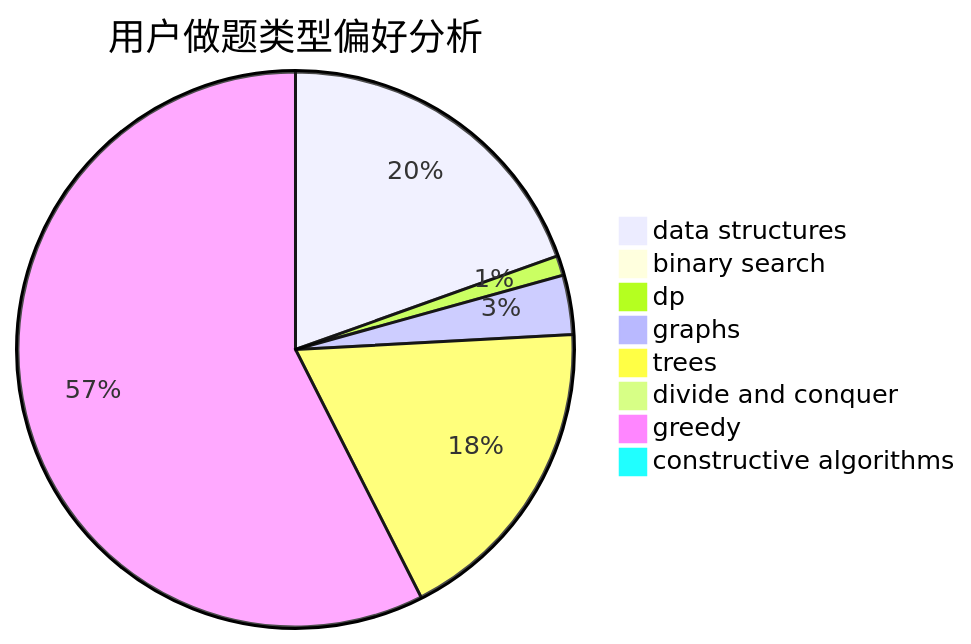
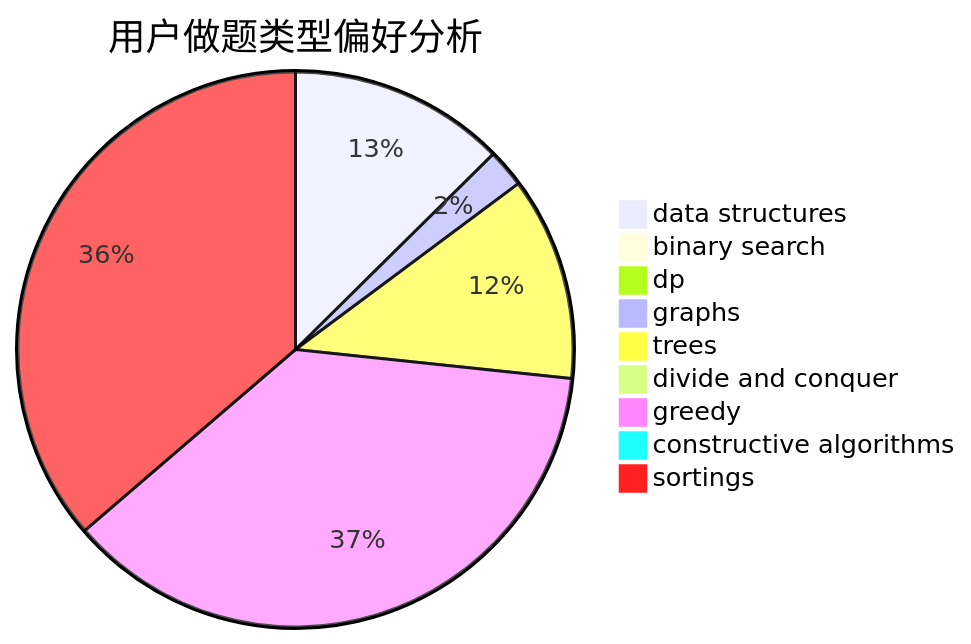
One commit to sherpahu/cfrs.github.io changed the second of 3 diagrams in docs/user/u2671.md. Above: the diagram before and after it, drawn with Mermaid. The commit also changed other lines of this file and 2769 other files, not shown here.

````diff
--- a/docs/user/u2671.md
+++ b/docs/user/u2671.md
@@ -23,11 +18,12 @@
 ```mermaid
 pie title 用户做题类型偏好分析
     "data structures" :  17
     "binary search" :  0
     "dp" :  1
     "graphs" :  3
     "trees" :  16
     "divide and conquer" :  0
     "greedy" :  50
     "constructive algorithms" :  0
+    "sortings" :  49
 ```
````
